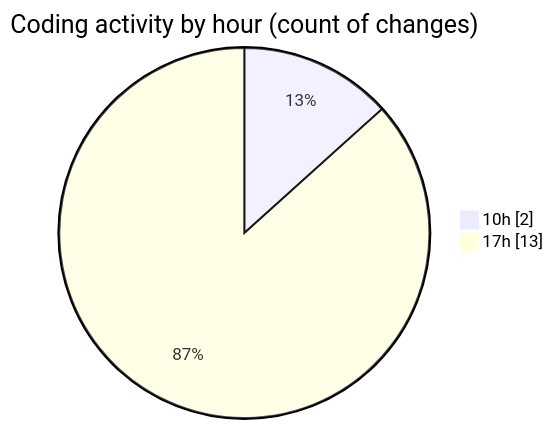
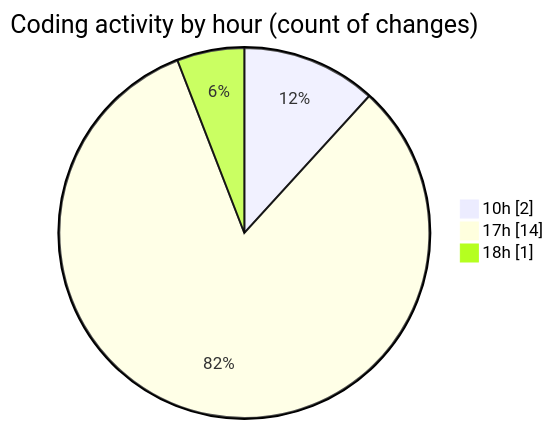
One commit to momahboobian/code-tracking changed the second of 2 diagrams in 2026-05-28/cda/README.md. Above: the diagram before and after it, drawn with Mermaid. The commit also changed other lines of this file and 1 other file, not shown here.

````diff
--- a/2026-05-28/cda/README.md
+++ b/2026-05-28/cda/README.md
@@ -37,6 +38,7 @@
 ```mermaid
 pie showData
 title Coding activity by hour (count of changes)
 "10h" : 2
-"17h" : 13
+"17h" : 14
+"18h" : 1
 ```
````
